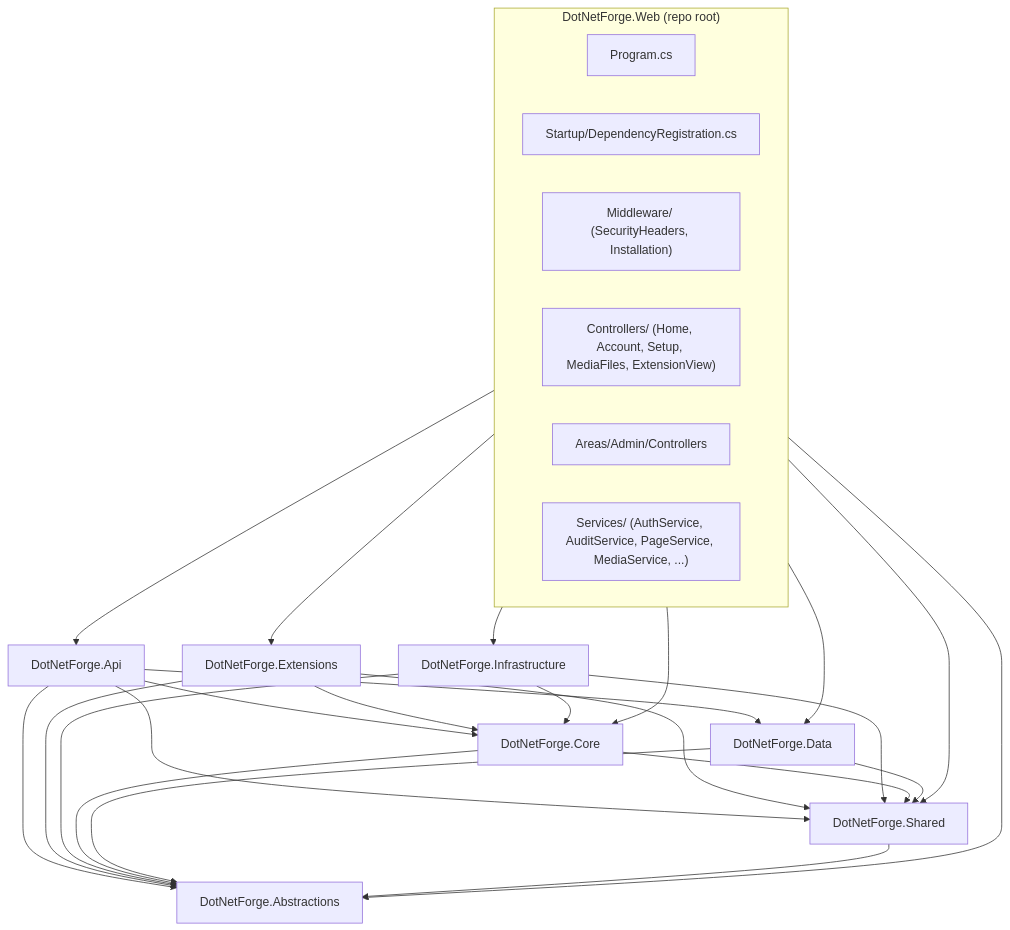
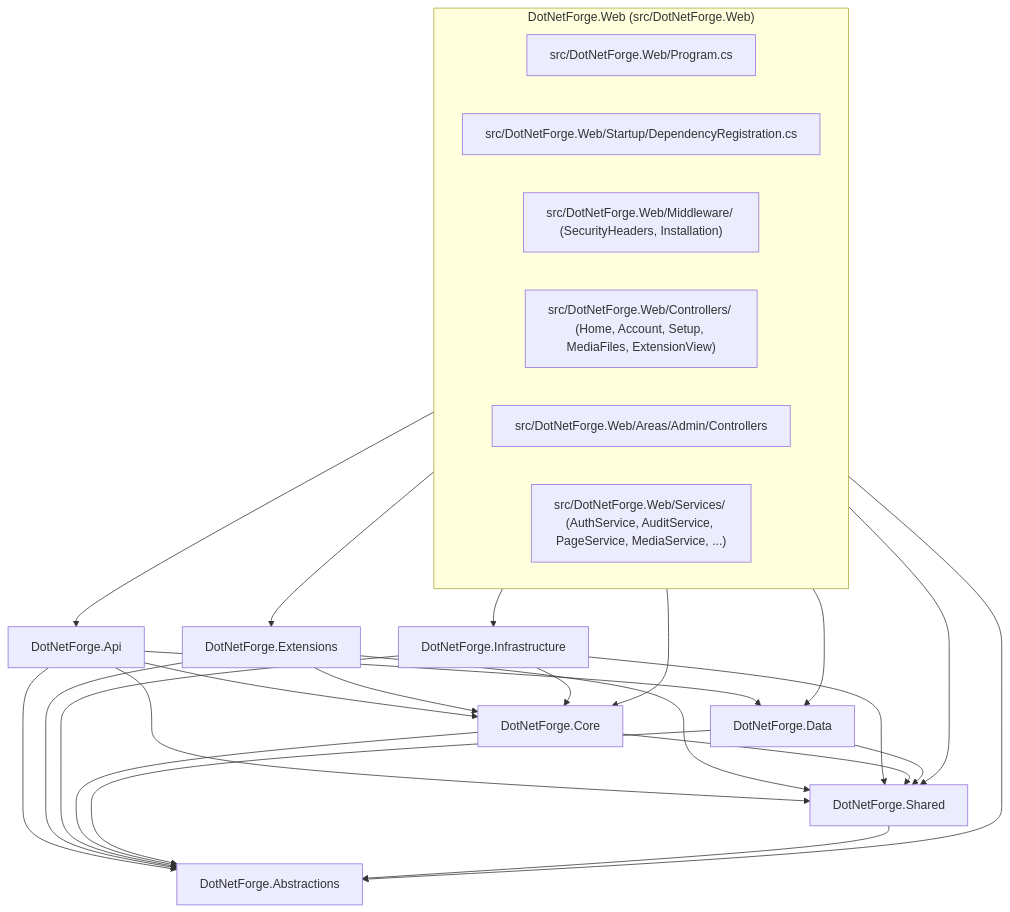
The first of 2 diagrams in .docs/architecture/codebase.md (Albadit/DotNetForge), drawn with Mermaid before and after one commit. The commit also changed other lines of this file and 77 other files, not shown here.

````diff
--- a/.docs/architecture/codebase.md
+++ b/.docs/architecture/codebase.md
@@ -53,26 +53,26 @@
 ```mermaid
 flowchart TB
-    subgraph Host["DotNetForge.Web (repo root)"]
-        Program["Program.cs"]
-        DI["Startup/DependencyRegistration.cs"]
-        MW["Middleware/ (SecurityHeaders, Installation)"]
-        PubCtl["Controllers/ (Home, Account, Setup, MediaFiles, ExtensionView)"]
-        AdminCtl["Areas/Admin/Controllers"]
-        Svc["Services/ (AuthService, AuditService, PageService, MediaService, ...)"]
+    subgraph Host["DotNetForge.Web (src/DotNetForge.Web)"]
+        Program["src/DotNetForge.Web/Program.cs"]
+        DI["src/DotNetForge.Web/Startup/DependencyRegistration.cs"]
+        MW["src/DotNetForge.Web/Middleware/ (SecurityHeaders, Installation)"]
+        PubCtl["src/DotNetForge.Web/Controllers/ (Home, Account, Setup, MediaFiles, ExtensionView)"]
+        AdminCtl["src/DotNetForge.Web/Areas/Admin/Controllers"]
+        Svc["src/DotNetForge.Web/Services/ (AuthService, AuditService, PageService, MediaService, ...)"]
     end
     Api["DotNetForge.Api"]
     Ext["DotNetForge.Extensions"]
     Infra["DotNetForge.Infrastructure"]
     Core["DotNetForge.Core"]
     Data["DotNetForge.Data"]
     Shared["DotNetForge.Shared"]
     Abs["DotNetForge.Abstractions"]
 
     Host --> Api & Ext & Infra & Core & Data & Shared & Abs
     Api --> Core & Data & Shared & Abs
     Ext --> Core & Shared & Abs
     Infra --> Core & Shared & Abs
     Core --> Shared & Abs
     Data --> Shared & Abs
     Shared --> Abs
 ```
````
